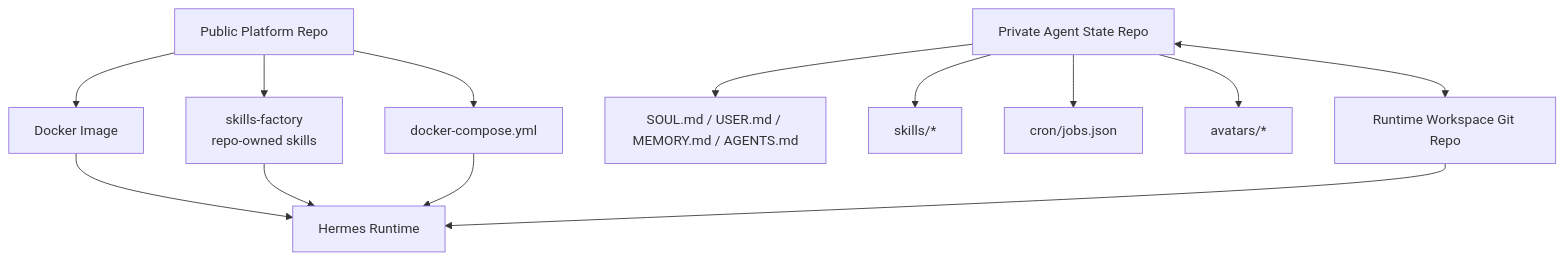
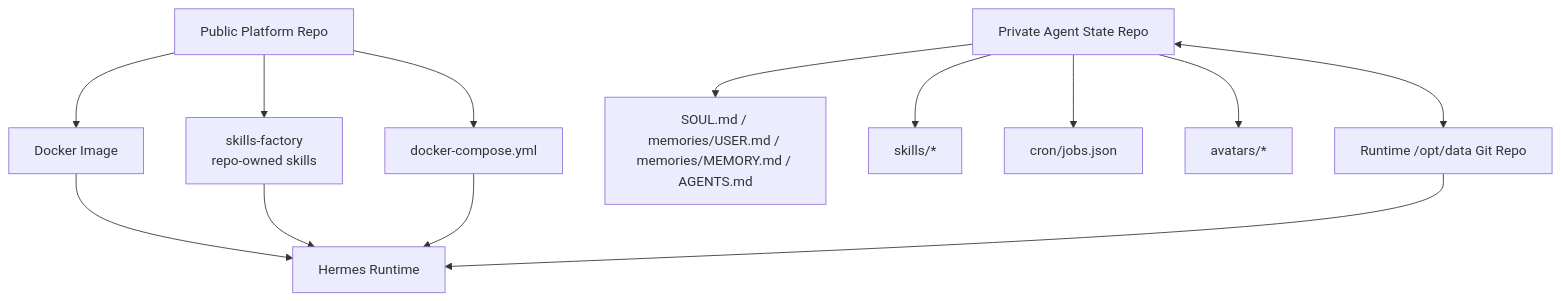
Before and after one commit to Pedrohgv/josemar-assistente: the second of 4 diagrams in README.md, drawn with Mermaid. The commit also changed other lines of this file and 21 other files, not shown here.

````diff
--- a/README.md
+++ b/README.md
@@ -52,17 +52,17 @@
 ```mermaid
 flowchart TB
   PublicRepo[Public Platform Repo] --> Image[Docker Image]
   PublicRepo --> CoreSkills[skills-factory<br/>repo-owned skills]
   PublicRepo --> Compose[docker-compose.yml]
 
-  PrivateRepo[Private Agent State Repo] --> Personality[SOUL.md / USER.md / MEMORY.md / AGENTS.md]
+  PrivateRepo[Private Agent State Repo] --> Personality[SOUL.md / memories/USER.md / memories/MEMORY.md / AGENTS.md]
   PrivateRepo --> UserSkills[skills/*]
   PrivateRepo --> Cron[cron/jobs.json]
   PrivateRepo --> Avatars[avatars/*]
 
   Image --> Runtime[Hermes Runtime]
   CoreSkills --> Runtime
   Compose --> Runtime
-  PrivateRepo <--> Workspace[Runtime Workspace Git Repo]
-  Workspace --> Runtime
+  PrivateRepo <--> StateTree[Runtime /opt/data Git Repo]
+  StateTree --> Runtime
 ```
````
